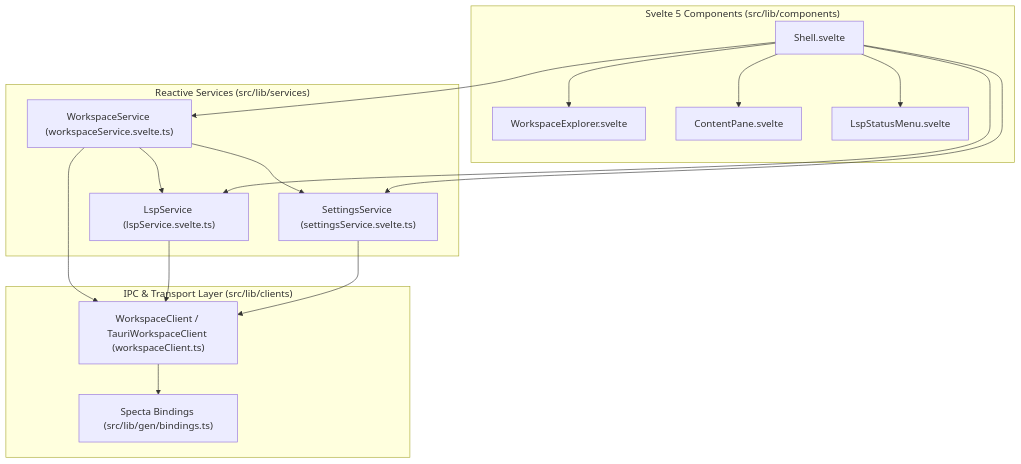
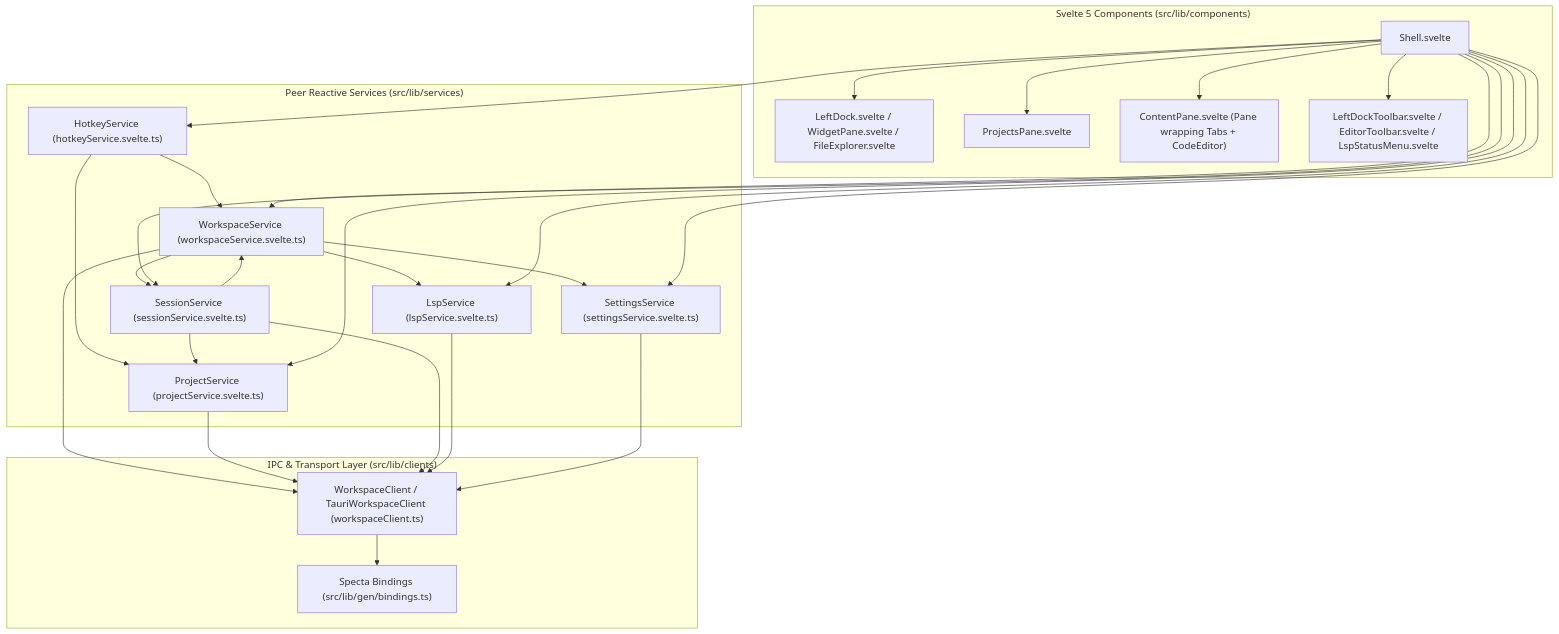
Before and after one commit to difflab-io/lgtm: the first of 3 diagrams in docs/architecture/web/index.md, drawn with Mermaid. The commit also changed other lines of this file and 128 other files, not shown here.

First line of the commit message:
feat(desktop): add Herdr-style projects pane, worktree management, and session persistence (#17)

````diff
--- a/docs/architecture/web/index.md
+++ b/docs/architecture/web/index.md
@@ -43,33 +40,48 @@
 ```mermaid
 flowchart TB
     subgraph Components["Svelte 5 Components (src/lib/components)"]
         SHELL["Shell.svelte"]
-        EXPLORER["WorkspaceExplorer.svelte"]
-        CONTENT["ContentPane.svelte"]
-        LSP_MENU["LspStatusMenu.svelte"]
-        SHELL --> EXPLORER
+        DOCK["LeftDock.svelte / WidgetPane.svelte / FileExplorer.svelte"]
+        PROJECTS["ProjectsPane.svelte"]
+        CONTENT["ContentPane.svelte (Pane wrapping Tabs + CodeEditor)"]
+        TOOLBARS["LeftDockToolbar.svelte / EditorToolbar.svelte / LspStatusMenu.svelte"]
+        SHELL --> DOCK
+        SHELL --> PROJECTS
         SHELL --> CONTENT
-        SHELL --> LSP_MENU
+        SHELL --> TOOLBARS
     end
 
-    subgraph Services["Reactive Services (src/lib/services)"]
+    subgraph Services["Peer Reactive Services (src/lib/services)"]
+        HOTKEY_SVC["HotkeyService (hotkeyService.svelte.ts)"]
         WS_SVC["WorkspaceService (workspaceService.svelte.ts)"]
+        PROJ_SVC["ProjectService (projectService.svelte.ts)"]
+        SESS_SVC["SessionService (sessionService.svelte.ts)"]
         LSP_SVC["LspService (lspService.svelte.ts)"]
         SET_SVC["SettingsService (settingsService.svelte.ts)"]
+        HOTKEY_SVC --> WS_SVC
+        HOTKEY_SVC --> PROJ_SVC
+        SESS_SVC --> PROJ_SVC
+        SESS_SVC --> WS_SVC
+        WS_SVC --> SESS_SVC
         WS_SVC --> LSP_SVC
         WS_SVC --> SET_SVC
     end
 
     subgraph Client["IPC & Transport Layer (src/lib/clients)"]
         WS_CLIENT["WorkspaceClient / TauriWorkspaceClient (workspaceClient.ts)"]
         BINDINGS["Specta Bindings (src/lib/gen/bindings.ts)"]
         WS_CLIENT --> BINDINGS
     end
 
+    SHELL --> HOTKEY_SVC
     SHELL --> WS_SVC
+    SHELL --> PROJ_SVC
+    SHELL --> SESS_SVC
     SHELL --> LSP_SVC
     SHELL --> SET_SVC
     WS_SVC --> WS_CLIENT
+    PROJ_SVC --> WS_CLIENT
+    SESS_SVC --> WS_CLIENT
     LSP_SVC --> WS_CLIENT
     SET_SVC --> WS_CLIENT
 ```
````
